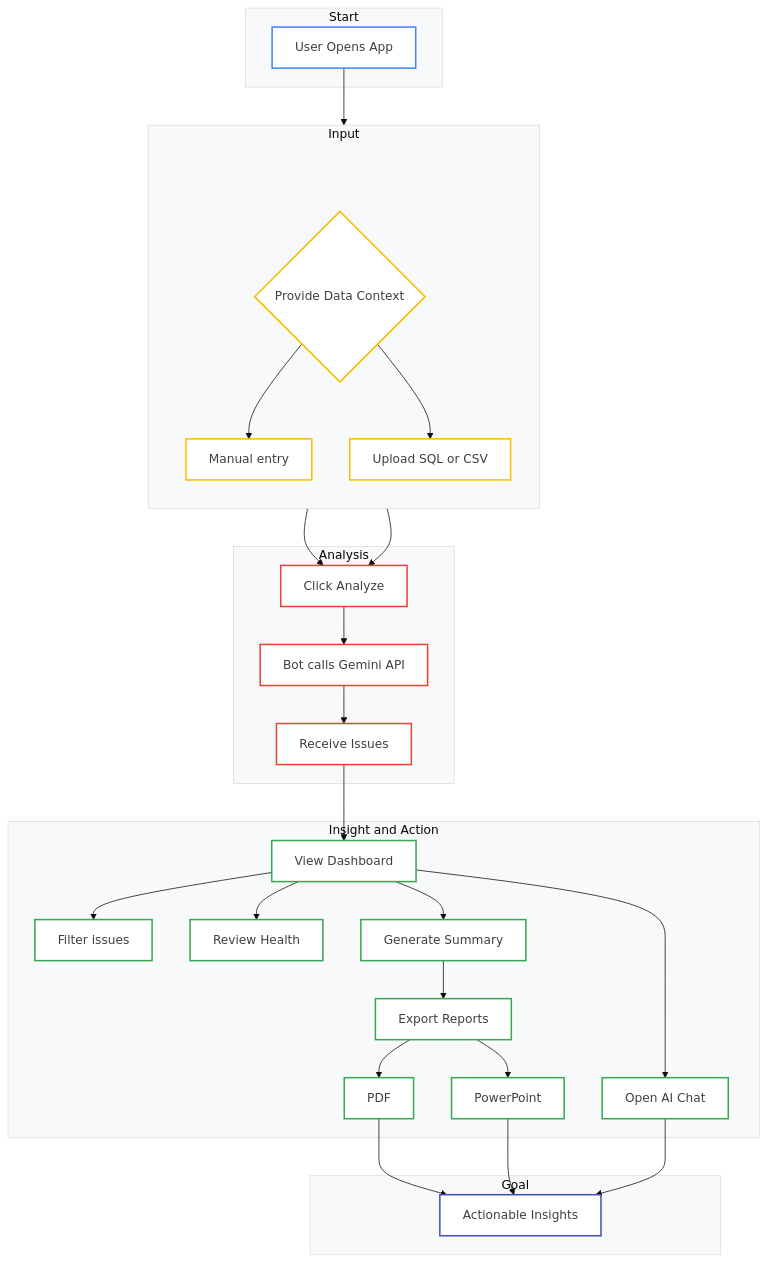
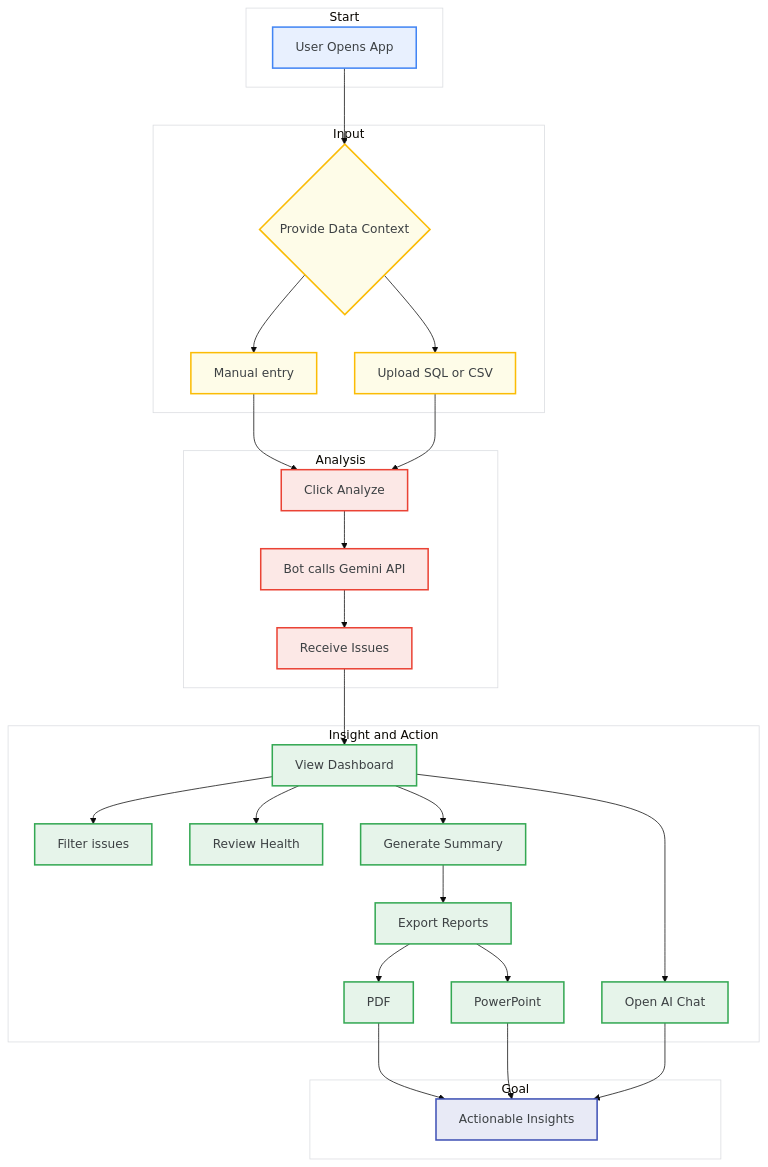
Before and after one commit to chtsalvishal/DQ_Gen_AI_Bot: the second of 2 diagrams in README.md, drawn with Mermaid (base theme). The commit also changed other lines of this file, not shown here.

Commit message:
docs: Update README diagram styles
Refine Mermaid diagram styling in README.md for better visual clarity and consistency. Adjust node and subgraph colors to align with application's aesthetic.

````diff
--- a/README.md
+++ b/README.md
@@ -71,62 +71,56 @@
 ```mermaid
 graph TD
     subgraph sg1 [Start]
         A[User Opens App]:::startNode
     end
 
     subgraph sg2 [Input]
-        direction TB
-        sg2_spacer[" "]:::spacer
         B{Provide Data Context}:::inputNode
         B1[Manual entry]:::inputNode
         B2[Upload SQL or CSV]:::inputNode
     end
     
     subgraph sg3 [Analysis]
         C[Click Analyze]:::analysisNode
         D[Bot calls Gemini API]:::analysisNode
         E[Receive Issues]:::analysisNode
     end
 
     subgraph sg4 [Insight and Action]
         F[View Dashboard]:::insightNode
         F1[Filter issues]:::insightNode
         F2[Review Health]:::insightNode
         G[Open AI Chat]:::insightNode
         H[Generate Summary]:::insightNode
         I[Export Reports]:::insightNode
         I1[PDF]:::insightNode
         I2[PowerPoint]:::insightNode
     end
     
     subgraph sg5 [Goal]
        J[Actionable Insights]:::goalNode
     end
 
-    sg2_spacer --> B
     A --> B
     B --> B1 & B2
     B1 --> C
     B2 --> C
     C --> D --> E --> F
     F --> F1 & F2 & G & H
     H --> I --> I1 & I2
     I1 --> J
     I2 --> J
     G --> J
     
-    linkStyle 0 stroke:transparent,stroke-width:0px
-    
-    style sg1 fill:#F8F9FA,stroke:#DADCE0
-    style sg2 fill:#F8F9FA,stroke:#DADCE0
-    style sg3 fill:#F8F9FA,stroke:#DADCE0
-    style sg4 fill:#F8F9FA,stroke:#DADCE0
-    style sg5 fill:#F8F9FA,stroke:#DADCE0
+    style sg1 fill:#FFFFFF,stroke:#DADCE0
+    style sg2 fill:#FFFFFF,stroke:#DADCE0
+    style sg3 fill:#FFFFFF,stroke:#DADCE0
+    style sg4 fill:#FFFFFF,stroke:#DADCE0
+    style sg5 fill:#FFFFFF,stroke:#DADCE0
 
-    classDef spacer height:1px,fill:transparent,stroke:transparent,color:transparent
-    classDef startNode fill:#FFFFFF,stroke:#4285F4,stroke-width:2px,color:#3C4043
-    classDef inputNode fill:#FFFFFF,stroke:#FBBC05,stroke-width:2px,color:#3C4043
-    classDef analysisNode fill:#FFFFFF,stroke:#EA4335,stroke-width:2px,color:#3C4043
-    classDef insightNode fill:#FFFFFF,stroke:#34A853,stroke-width:2px,color:#3C4043
-    classDef goalNode fill:#FFFFFF,stroke:#3F51B5,stroke-width:2px,color:#3C4043
+    classDef startNode fill:#E8F0FE,stroke:#4285F4,stroke-width:2px,color:#3C4043
+    classDef inputNode fill:#FEFCE8,stroke:#FBBC05,stroke-width:2px,color:#3C4043
+    classDef analysisNode fill:#FCE8E6,stroke:#EA4335,stroke-width:2px,color:#3C4043
+    classDef insightNode fill:#E6F4EA,stroke:#34A853,stroke-width:2px,color:#3C4043
+    classDef goalNode fill:#E8EAF6,stroke:#3F51B5,stroke-width:2px,color:#3C4043
 ```
````
